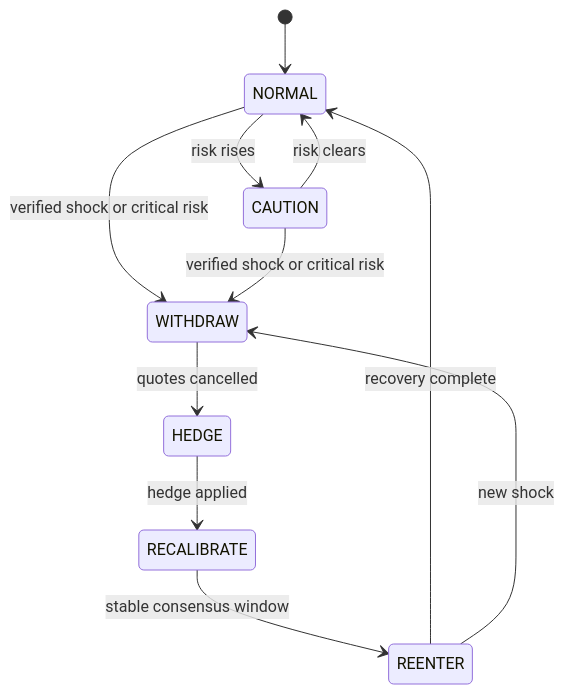
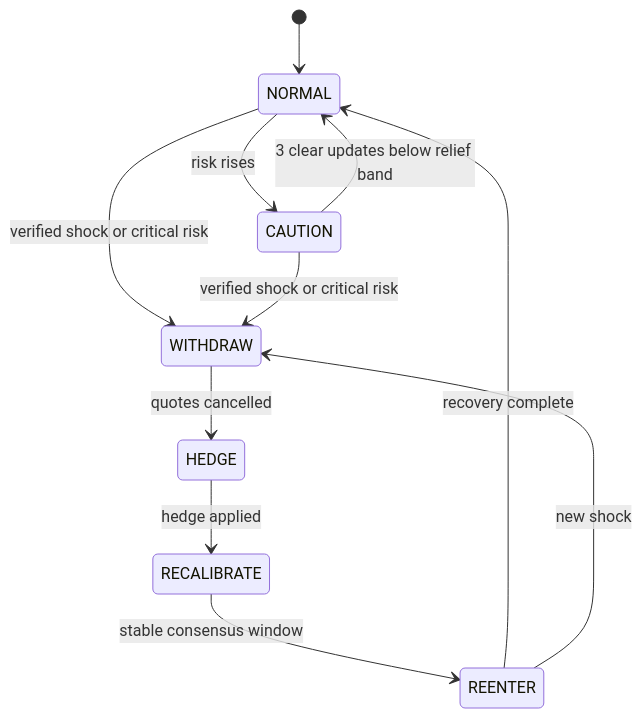
The second of 3 diagrams in README.md (karagozemin/RAVEN), drawn with Mermaid before and after one commit. The commit also changed 6 other files, not shown here.

Commit message:
feat: enhance risk kernel with caution hysteresis logic and update related documentation; add tests for hysteresis behavior

````diff
--- a/README.md
+++ b/README.md
@@ -93,13 +93,13 @@
 ```mermaid
 stateDiagram-v2
     [*] --> NORMAL
     NORMAL --> CAUTION: risk rises
-    CAUTION --> NORMAL: risk clears
+    CAUTION --> NORMAL: 3 clear updates below relief band
     NORMAL --> WITHDRAW: verified shock or critical risk
     CAUTION --> WITHDRAW: verified shock or critical risk
     WITHDRAW --> HEDGE: quotes cancelled
     HEDGE --> RECALIBRATE: hedge applied
     RECALIBRATE --> REENTER: stable consensus window
     REENTER --> NORMAL: recovery complete
     REENTER --> WITHDRAW: new shock
 ```
````
